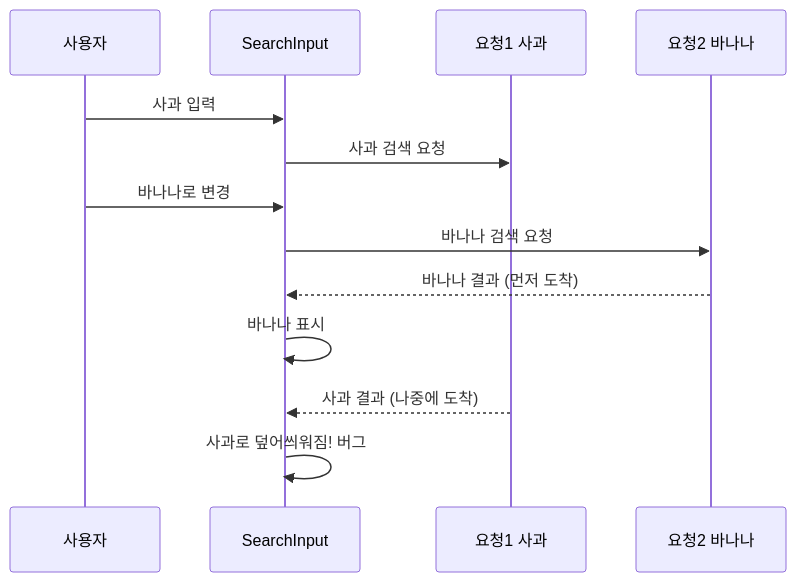
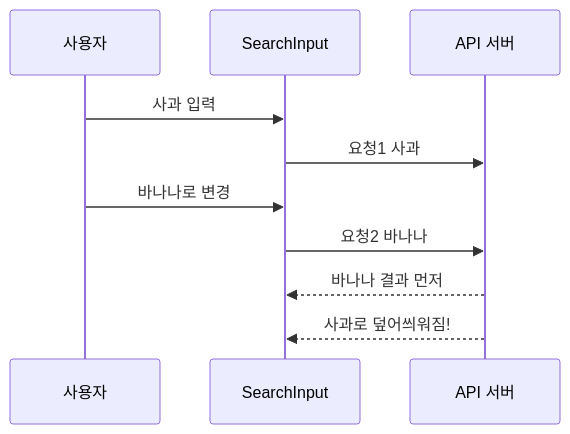
One commit to yjkim2015/yjkim2015.github.io changed the third of 3 diagrams in _posts/frontend/2026-05-02-frontend-testing.md. Above: the diagram before and after it, drawn with Mermaid. The commit also changed other lines of this file and 155 other files, not shown here.

First line of the commit message:
Mermaid 전면 수정: subgraph 제거, participant/노드/줄수 축소 (342블록)

````diff
--- a/_posts/frontend/2026-05-02-frontend-testing.md
+++ b/_posts/frontend/2026-05-02-frontend-testing.md
@@ -402,15 +400,12 @@
 ```mermaid
 sequenceDiagram
     participant USER as 사용자
     participant COMP as SearchInput
-    participant API1 as 요청1 사과
-    participant API2 as 요청2 바나나
+    participant API as API 서버
     USER->>COMP: 사과 입력
-    COMP->>API1: 사과 검색 요청
+    COMP->>API: 요청1 사과
     USER->>COMP: 바나나로 변경
-    COMP->>API2: 바나나 검색 요청
-    API2-->>COMP: 바나나 결과 (먼저 도착)
-    COMP->>COMP: 바나나 표시
-    API1-->>COMP: 사과 결과 (나중에 도착)
-    COMP->>COMP: 사과로 덮어씌워짐! 버그
+    COMP->>API: 요청2 바나나
+    API-->>COMP: 바나나 결과 먼저
+    API-->>COMP: 사과로 덮어씌워짐!
 ```
````
